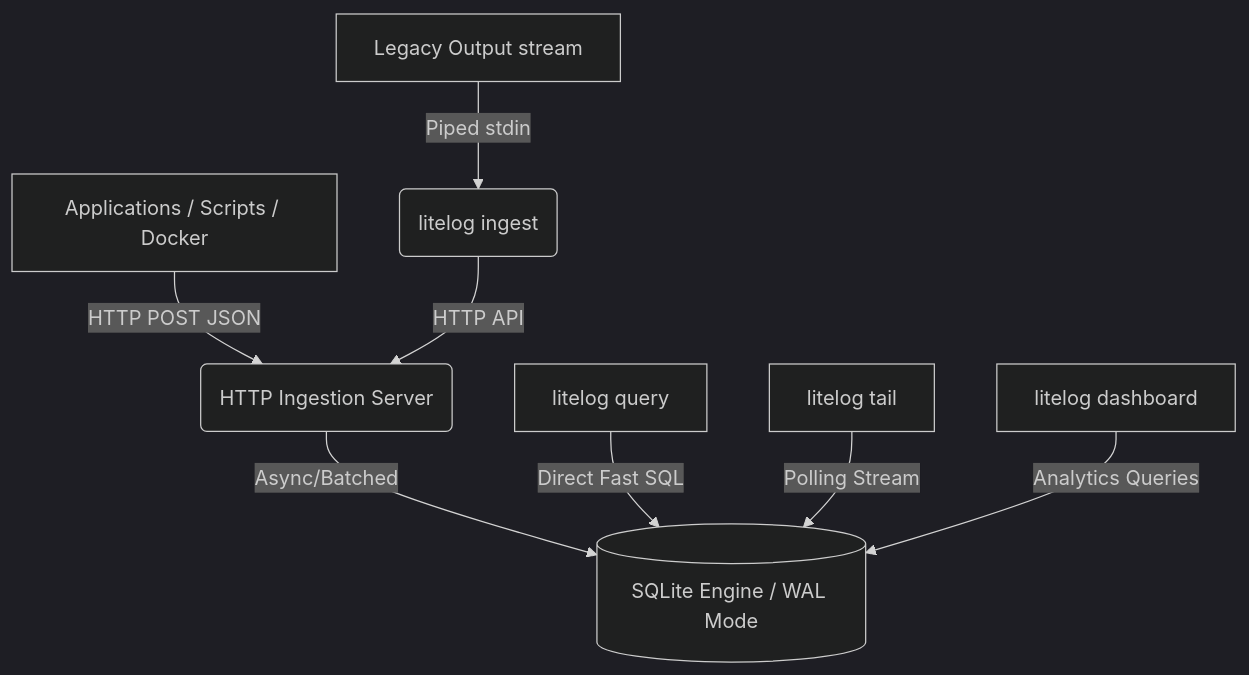
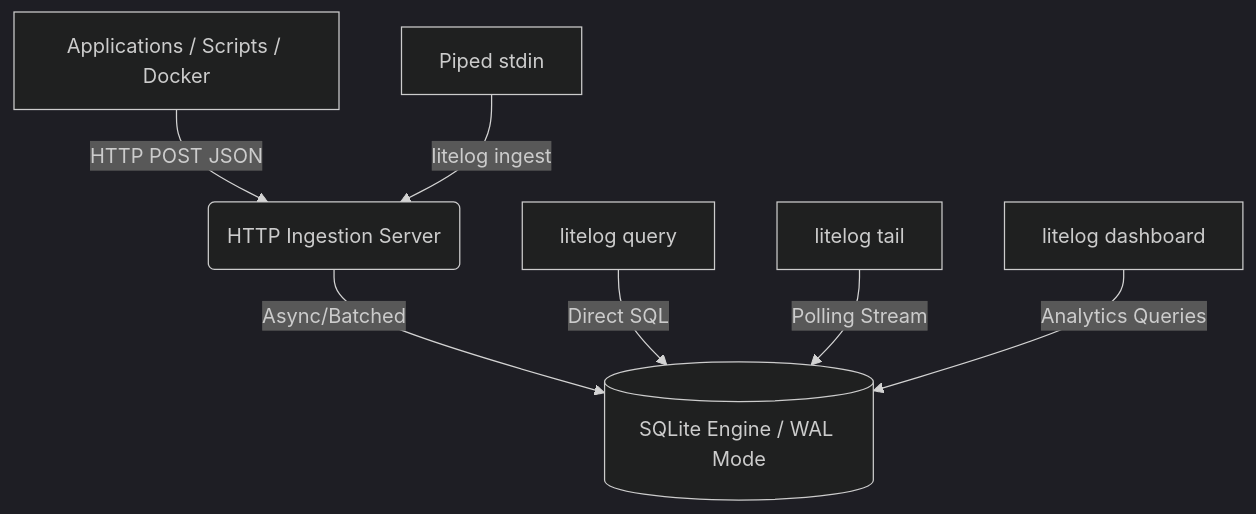
Before and after one commit to icysun/Litelog: the diagram in README.md, drawn with Mermaid (dark theme). The commit also changed other lines of this file, not shown here.

````diff
--- a/README.md
+++ b/README.md
@@ -131,10 +109,9 @@
 ```mermaid
 flowchart TD
     A[Applications / Scripts / Docker] -->|HTTP POST JSON| B(HTTP Ingestion Server)
-    A2[Legacy Output stream] -->|Piped stdin| C(litelog ingest)
-    C -->|HTTP API| B
+    A2[Piped stdin] -->|litelog ingest| B
     B -->|Async/Batched| D[(SQLite Engine / WAL Mode)]
-    E[litelog query] -->|Direct Fast SQL| D
+    E[litelog query] -->|Direct SQL| D
     F[litelog tail] -->|Polling Stream| D
     G[litelog dashboard] -->|Analytics Queries| D
 ```
````
